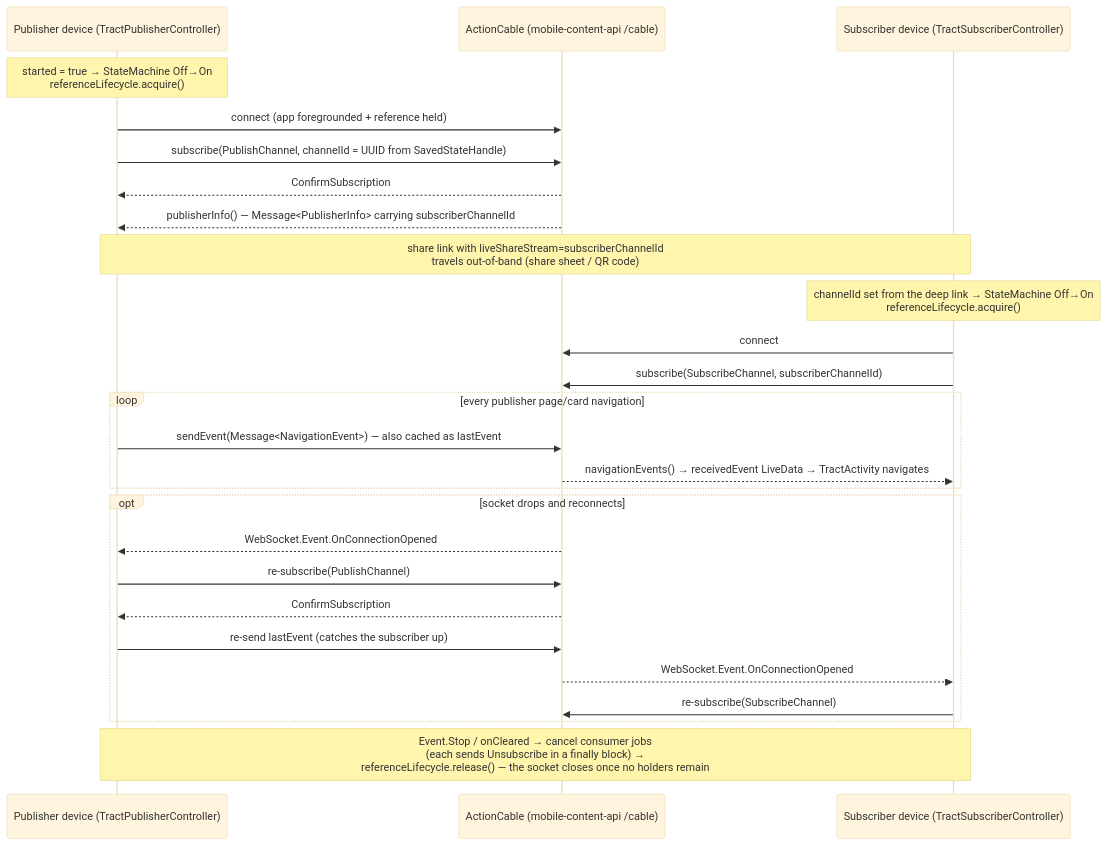
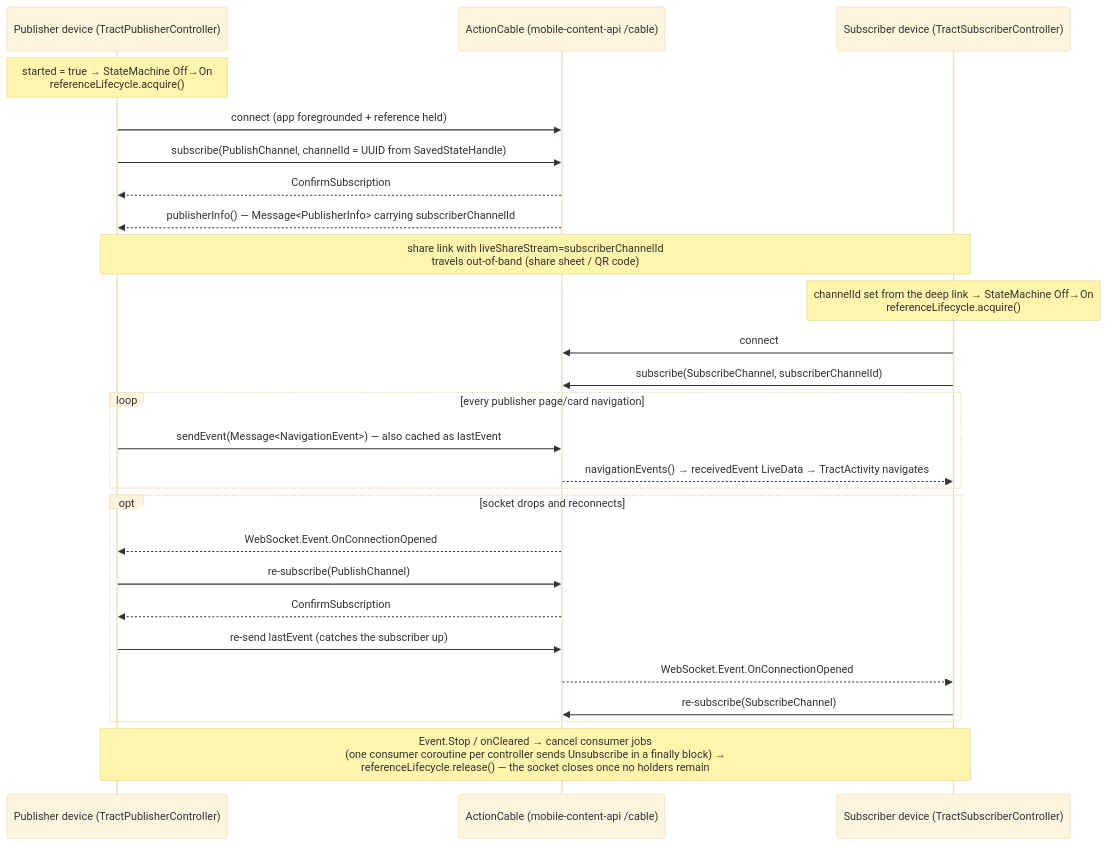
Before and after one commit to CruGlobal/godtools-android: the fourth of 4 diagrams in wiki/API-Layer.md, drawn with Mermaid (base theme). The commit also changed 11 other files, not shown here.

````diff
--- a/wiki/API-Layer.md
+++ b/wiki/API-Layer.md
@@ -215,29 +215,29 @@
 ```mermaid
 sequenceDiagram
     participant Pub as Publisher device (TractPublisherController)
     participant AC as ActionCable (mobile-content-api /cable)
     participant Sub as Subscriber device (TractSubscriberController)
 
     Note over Pub: started = true → StateMachine Off→On<br/>referenceLifecycle.acquire()
     Pub->>AC: connect (app foregrounded + reference held)
     Pub->>AC: subscribe(PublishChannel, channelId = UUID from SavedStateHandle)
     AC-->>Pub: ConfirmSubscription
     AC-->>Pub: publisherInfo() — Message#lt;PublisherInfo#gt; carrying subscriberChannelId
     Note over Pub,Sub: share link with liveShareStream=subscriberChannelId<br/>travels out-of-band (share sheet / QR code)
     Note over Sub: channelId set from the deep link → StateMachine Off→On<br/>referenceLifecycle.acquire()
     Sub->>AC: connect
     Sub->>AC: subscribe(SubscribeChannel, subscriberChannelId)
     loop every publisher page/card navigation
         Pub->>AC: sendEvent(Message#lt;NavigationEvent#gt;) — also cached as lastEvent
         AC-->>Sub: navigationEvents() → receivedEvent LiveData → TractActivity navigates
     end
     opt socket drops and reconnects
         AC-->>Pub: WebSocket.Event.OnConnectionOpened
         Pub->>AC: re-subscribe(PublishChannel)
         AC-->>Pub: ConfirmSubscription
         Pub->>AC: re-send lastEvent (catches the subscriber up)
         AC-->>Sub: WebSocket.Event.OnConnectionOpened
         Sub->>AC: re-subscribe(SubscribeChannel)
     end
-    Note over Pub,Sub: Event.Stop / onCleared → cancel consumer jobs<br/>(each sends Unsubscribe in a finally block) →<br/>referenceLifecycle.release() — the socket closes once no holders remain
+    Note over Pub,Sub: Event.Stop / onCleared → cancel consumer jobs<br/>(one consumer coroutine per controller sends Unsubscribe in a finally block) →<br/>referenceLifecycle.release() — the socket closes once no holders remain
 ```
````
